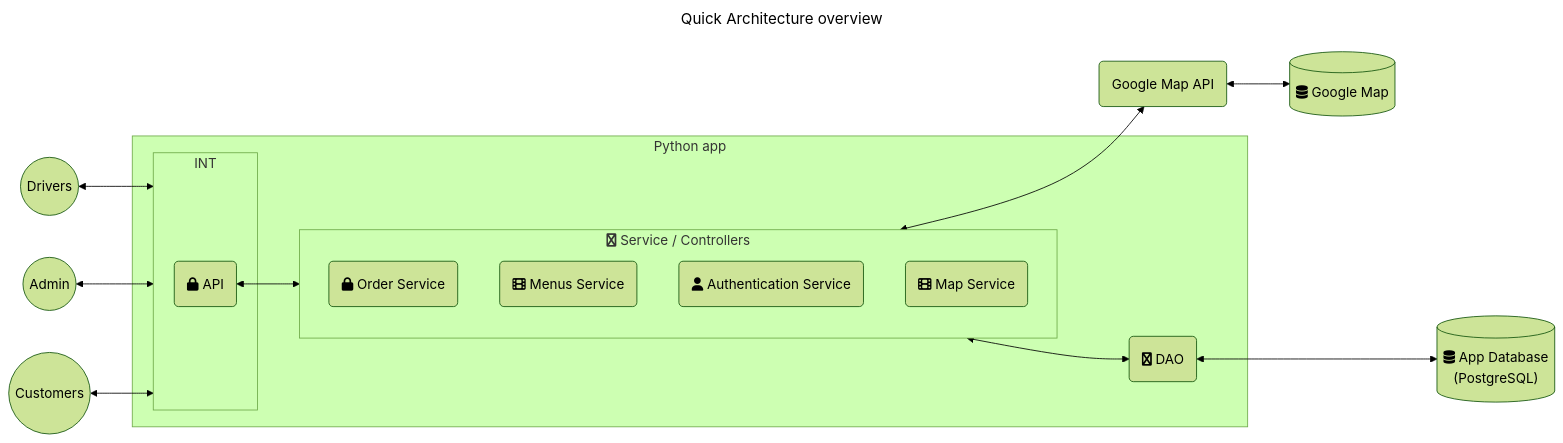
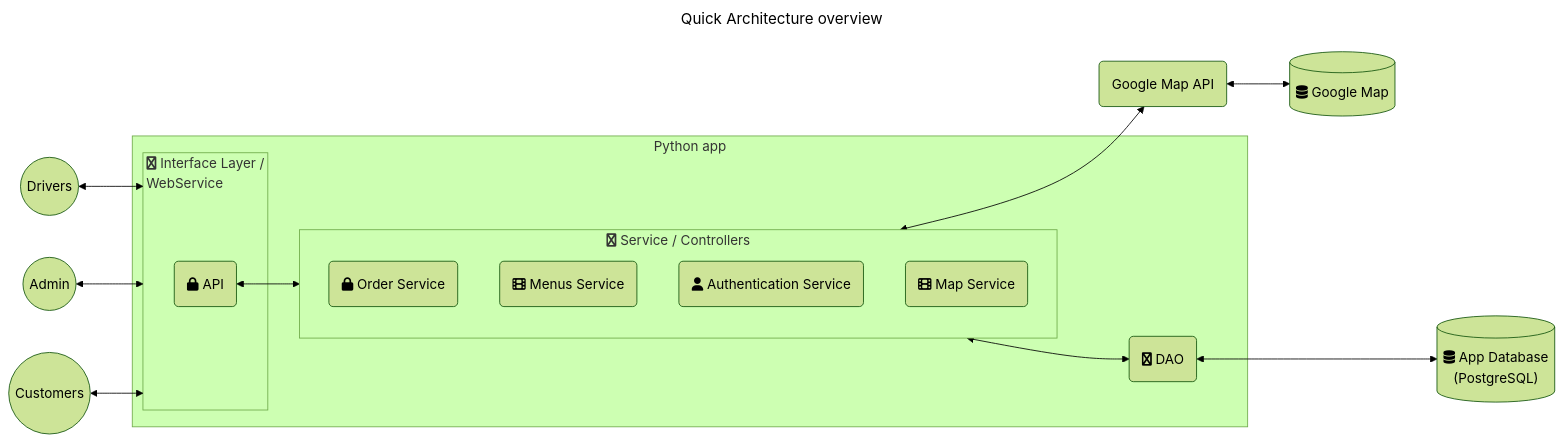
The diagram in Architecture diagram.md (no0e/Projet2A_Ub-EJR-Eats), drawn with Mermaid (forest theme) before and after one commit.

Commit message:
architecture diagram

````diff
--- a/Architecture diagram.md
+++ b/Architecture diagram.md
@@ -2,35 +2,35 @@
 ```mermaid
 ---
 title: Quick Architecture overview
 ---
     graph LR
     USR1((Drivers))
     USR2((Admin))
     USR3((Customers))
     DB[("fa:fa-database App Database \n (PostgreSQL)" )]
     INT(fa:fa-python Interface Layer / \n WebService)
     DAO(fa:fa-python DAO)
     SVC(fa:fa-python Service / \n Controllers )
     MDB[(fa:fa-database Google Map)]
     MDBAPI(Google Map API)
 
     USR1 <--> INT
     USR2 <--> INT
     USR3 <--> INT
         subgraph Python app 
             API<-->SVC<-->DAO
-            subgraph INT
+            subgraph INT[fa:fa-python Interface Layer / \n WebService]
                 API(fa:fa-lock API)
             end
             subgraph SVC [fa:fa-python Service / Controllers]
                 ORD(fa:fa-lock Order Service)
                 MEN(fa:fa-film Menus Service)
                 AUT(fa:fa-user Authentication Service)
                 MAP(fa:fa-film Map Service)
             end
         end
 
     DAO<--->DB
     MDBAPI <--> MDB
     SVC <--> MDBAPI
 ```
````
